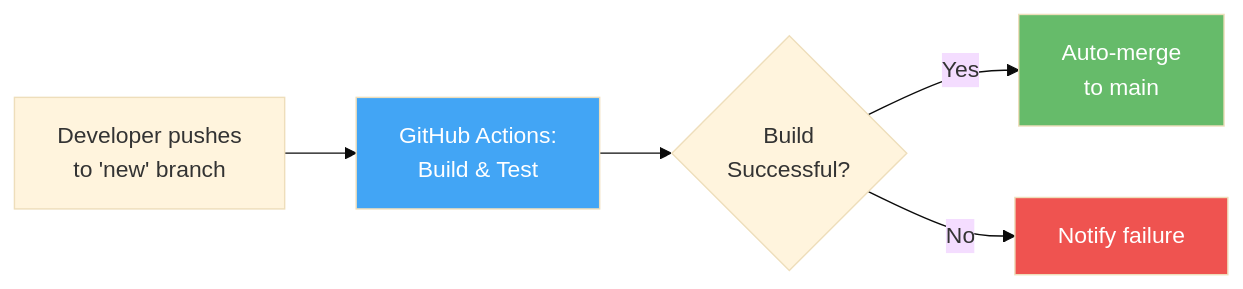
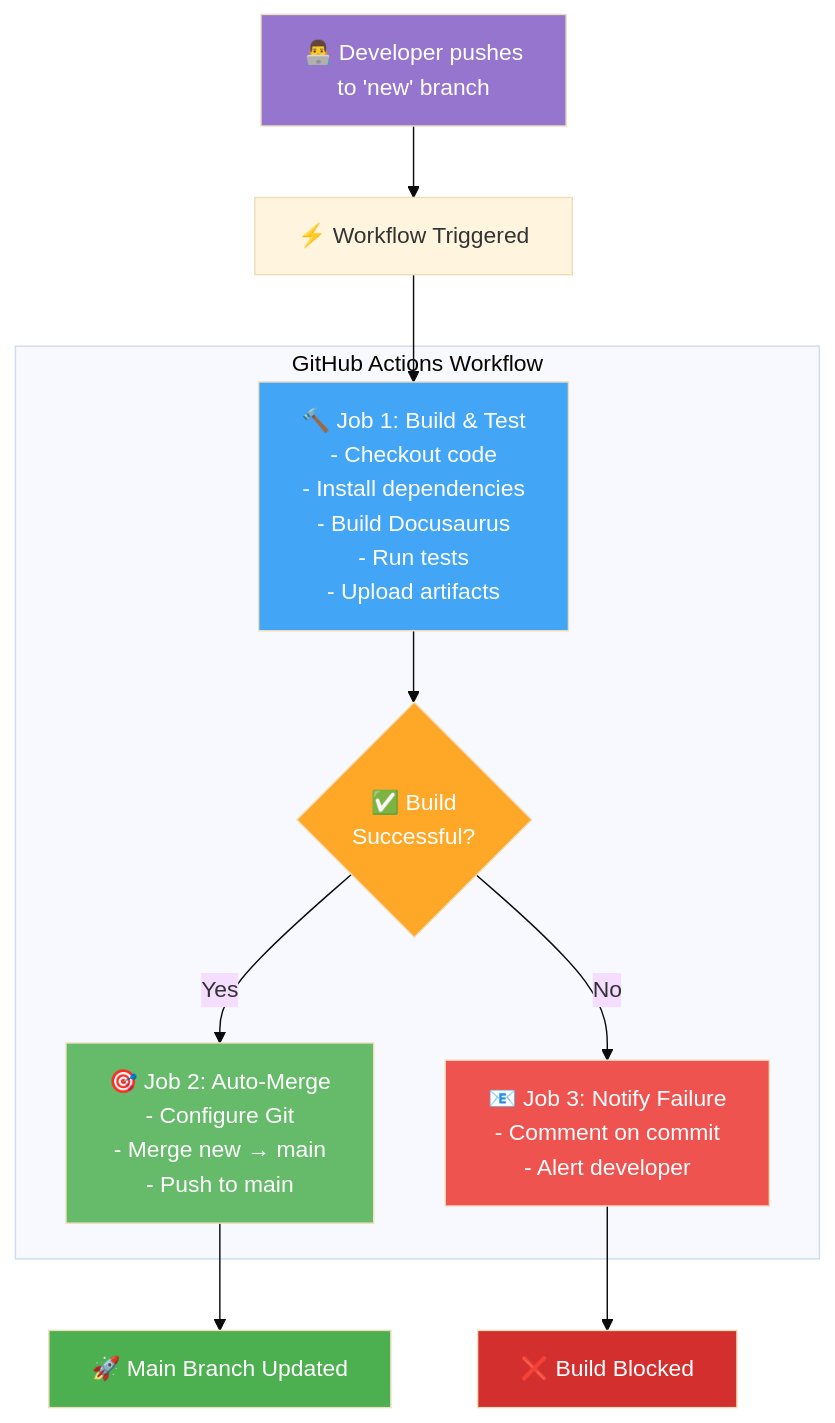
The first of 9 diagrams in docs/pipelines/github-actions-beginner.md (gouthamgo/sfdevops), drawn with Mermaid (base theme) before and after one commit. The commit also changed other lines of this file, not shown here.

First line of the commit message:
feat: Add comprehensive workflow diagrams to GitHub Actions tutorial

````diff
--- a/docs/pipelines/github-actions-beginner.md
+++ b/docs/pipelines/github-actions-beginner.md
@@ -22,17 +24,34 @@
 ```mermaid
-graph LR
-    PUSH[Developer pushes<br/>to 'new' branch]
-    BUILD[GitHub Actions:<br/>Build & Test]
-    SUCCESS{Build<br/>Successful?}
-    MERGE[Auto-merge<br/>to main]
-    NOTIFY[Notify failure]
+graph TB
+    PUSH[👨‍💻 Developer pushes<br/>to 'new' branch]
+    TRIGGER[⚡ Workflow Triggered]
 
-    PUSH --> BUILD
+    subgraph "GitHub Actions Workflow"
+        BUILD[🔨 Job 1: Build & Test<br/>- Checkout code<br/>- Install dependencies<br/>- Build Docusaurus<br/>- Run tests<br/>- Upload artifacts]
+
+        SUCCESS{✅ Build<br/>Successful?}
+
+        MERGE[🎯 Job 2: Auto-Merge<br/>- Configure Git<br/>- Merge new → main<br/>- Push to main]
+
+        NOTIFY[📧 Job 3: Notify Failure<br/>- Comment on commit<br/>- Alert developer]
+    end
+
+    MAIN[🚀 Main Branch Updated]
+    FAIL[❌ Build Blocked]
+
+    PUSH --> TRIGGER
+    TRIGGER --> BUILD
     BUILD --> SUCCESS
     SUCCESS -->|Yes| MERGE
     SUCCESS -->|No| NOTIFY
+    MERGE --> MAIN
+    NOTIFY --> FAIL
 
+    style PUSH fill:#9575cd,color:#fff
     style BUILD fill:#42a5f5,color:#fff
     style MERGE fill:#66bb6a,color:#fff
     style NOTIFY fill:#ef5350,color:#fff
+    style MAIN fill:#4caf50,color:#fff
+    style FAIL fill:#d32f2f,color:#fff
+    style SUCCESS fill:#ffa726,color:#fff
 ```
````
